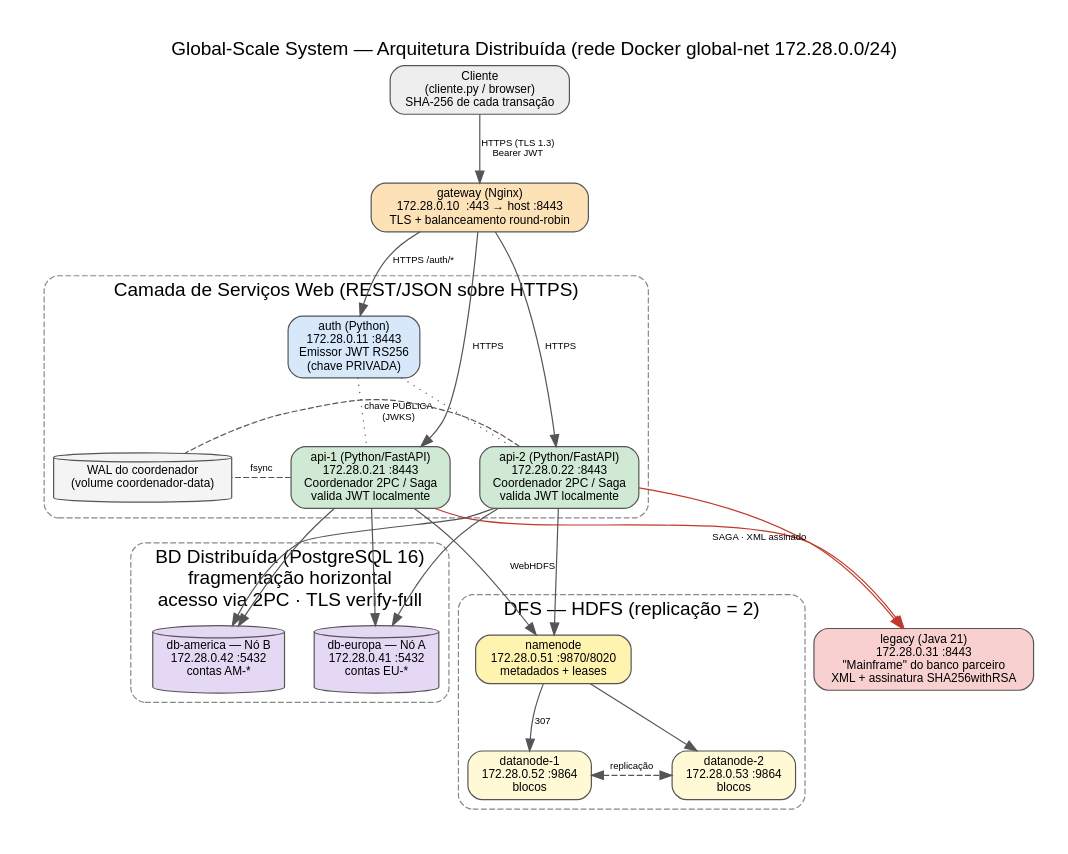
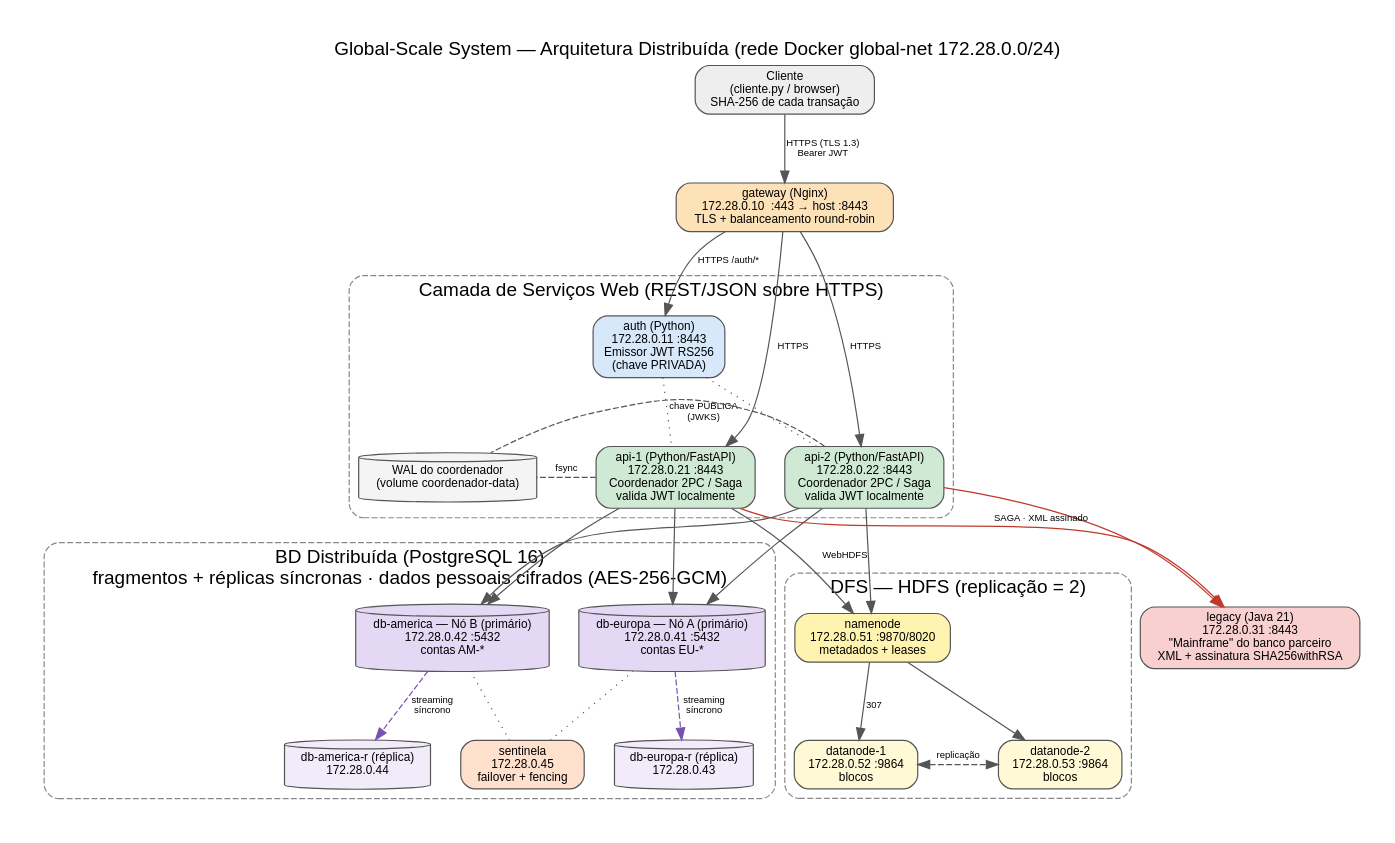
Before and after one commit to nameless-258/global-scale-system: the diagram in docs/arquitetura.dot, drawn with Graphviz. The commit also changed 24 other files, not shown here.

```diff
--- a/docs/arquitetura.dot
+++ b/docs/arquitetura.dot
@@ -1,48 +1,55 @@
 digraph G {
   graph [rankdir=TB, newrank=true, splines=spline, concentrate=false, fontname="Helvetica", fontsize=12, nodesep=0.35, ranksep=0.55, pad=0.3, bgcolor="white",
          label="Global-Scale System — Arquitetura Distribuída (rede Docker global-net 172.28.0.0/24)", labelloc=t, fontsize=16];
   node  [shape=box, style="rounded,filled", fontname="Helvetica", fontsize=10, color="#555555"];
   edge  [fontname="Helvetica", fontsize=8, color="#555555"];
 
   cliente [label="Cliente\n(cliente.py / browser)\nSHA-256 de cada transação", fillcolor="#eeeeee"];
   gateway [label="gateway (Nginx)\n172.28.0.10  :443 → host :8443\nTLS + balanceamento round-robin", fillcolor="#fde2b8"];
 
   subgraph cluster_app { label="Camada de Serviços Web (REST/JSON sobre HTTPS)"; style="rounded,dashed"; color="#888888";
     auth  [label="auth (Python)\n172.28.0.11 :8443\nEmissor JWT RS256\n(chave PRIVADA)", fillcolor="#d7e8fb"];
     api1  [label="api-1 (Python/FastAPI)\n172.28.0.21 :8443\nCoordenador 2PC / Saga\nvalida JWT localmente", fillcolor="#cfe9d4"];
     api2  [label="api-2 (Python/FastAPI)\n172.28.0.22 :8443\nCoordenador 2PC / Saga\nvalida JWT localmente", fillcolor="#cfe9d4"];
     wal   [label="WAL do coordenador\n(volume coordenador-data)", shape=cylinder, fillcolor="#f4f4f4"];
   }
 
-  subgraph cluster_db { label="BD Distribuída (PostgreSQL 16)\nfragmentação horizontal\nacesso via 2PC · TLS verify-full"; style="rounded,dashed"; color="#888888";
-    dbeu [label="db-europa — Nó A\n172.28.0.41 :5432\ncontas EU-*", shape=cylinder, fillcolor="#e5d8f5"];
-    dbam [label="db-america — Nó B\n172.28.0.42 :5432\ncontas AM-*", shape=cylinder, fillcolor="#e5d8f5"];
+  subgraph cluster_db { label="BD Distribuída (PostgreSQL 16)\nfragmentos + réplicas síncronas · dados pessoais cifrados (AES-256-GCM)"; style="rounded,dashed"; color="#888888";
+    dbeu [label="db-europa — Nó A (primário)\n172.28.0.41 :5432\ncontas EU-*", shape=cylinder, fillcolor="#e5d8f5"];
+    dbeur [label="db-europa-r (réplica)\n172.28.0.43", shape=cylinder, fillcolor="#f1ebfa"];
+    dbam [label="db-america — Nó B (primário)\n172.28.0.42 :5432\ncontas AM-*", shape=cylinder, fillcolor="#e5d8f5"];
+    dbamr [label="db-america-r (réplica)\n172.28.0.44", shape=cylinder, fillcolor="#f1ebfa"];
+    sent [label="sentinela\n172.28.0.45\nfailover + fencing", fillcolor="#ffe0cc"];
+    dbeu -> dbeur [label="streaming\nsíncrono", style=dashed, color="#7b4fb0"];
+    dbam -> dbamr [label="streaming\nsíncrono", style=dashed, color="#7b4fb0"];
+    sent -> dbeu [style=dotted, arrowhead=none]; sent -> dbam [style=dotted, arrowhead=none];
   }
 
   subgraph cluster_dfs { label="DFS — HDFS (replicação = 2)"; style="rounded,dashed"; color="#888888";
     nn  [label="namenode\n172.28.0.51 :9870/8020\nmetadados + leases", fillcolor="#fff3b0"];
     dn1 [label="datanode-1\n172.28.0.52 :9864\nblocos", fillcolor="#fff9d6"];
     dn2 [label="datanode-2\n172.28.0.53 :9864\nblocos", fillcolor="#fff9d6"];
   }
 
   legacy [label="legacy (Java 21)\n172.28.0.31 :8443\n\"Mainframe\" do banco parceiro\nXML + assinatura SHA256withRSA", fillcolor="#f8d0d0"];
 
   cliente -> gateway [label="HTTPS (TLS 1.3)\nBearer JWT"];
   gateway -> auth   [label="HTTPS /auth/*"];
   gateway -> api1   [label="HTTPS"];
   gateway -> api2   [label="HTTPS"];
   auth -> api1 [style=dotted, label="chave PÚBLICA\n(JWKS)", arrowhead=none];
   auth -> api2 [style=dotted, arrowhead=none];
   {rank=same; wal; api1; api2;}
   wal -> api1 [style=invis];
   api1 -> wal [style=dashed, arrowhead=none, label="fsync"]; api2 -> wal [style=dashed, arrowhead=none, constraint=false];
   {rank=same; dbeu; dbam; nn; legacy;}
+  {rank=same; dbeur; dbamr; sent;}
   {rank=same; dn1; dn2;}
   api1 -> dbeu; api1 -> dbam;
   api2 -> dbeu; api2 -> dbam;
   api1 -> legacy [color="#c0392b"];
   api2 -> legacy [color="#c0392b", xlabel="SAGA · XML assinado"];
   api1 -> nn; api2 -> nn [xlabel="WebHDFS"];
   nn -> dn1 [label="307"]; nn -> dn2;
   dn1 -> dn2 [dir=both, style=dashed, label="replicação"];
 }
```
